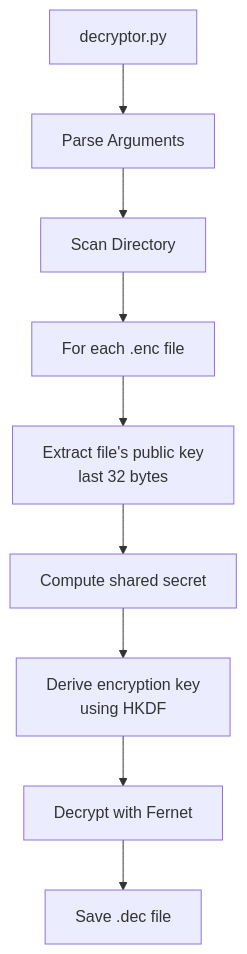
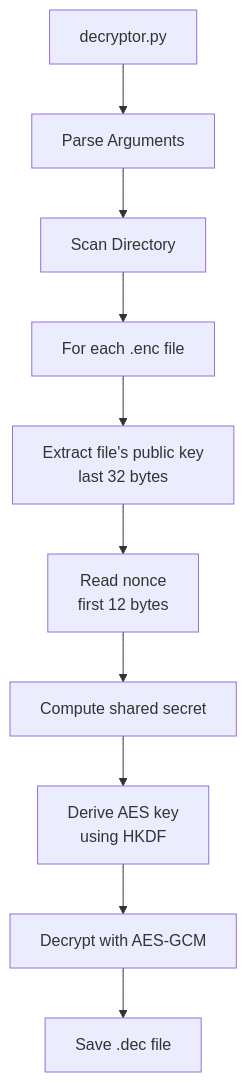
Before and after one commit to mrexodia/byor: the third of 4 diagrams in pythonware/architecture.md, drawn with Mermaid. The commit also changed other lines of this file and 3 other files, not shown here.

````diff
--- a/pythonware/architecture.md
+++ b/pythonware/architecture.md
@@ -53,11 +55,12 @@
 ```mermaid
 graph TD
     A[decryptor.py] --> B[Parse Arguments]
     B --> C[Scan Directory]
     C --> D[For each .enc file]
     D --> E[Extract file's public key<br/>last 32 bytes]
-    E --> F[Compute shared secret]
-    F --> G[Derive encryption key<br/>using HKDF]
-    G --> H[Decrypt with Fernet]
-    H --> I[Save .dec file]
+    E --> F[Read nonce<br/>first 12 bytes]
+    F --> G[Compute shared secret]
+    G --> H[Derive AES key<br/>using HKDF]
+    H --> I[Decrypt with AES-GCM]
+    I --> J[Save .dec file]
 ```
````
